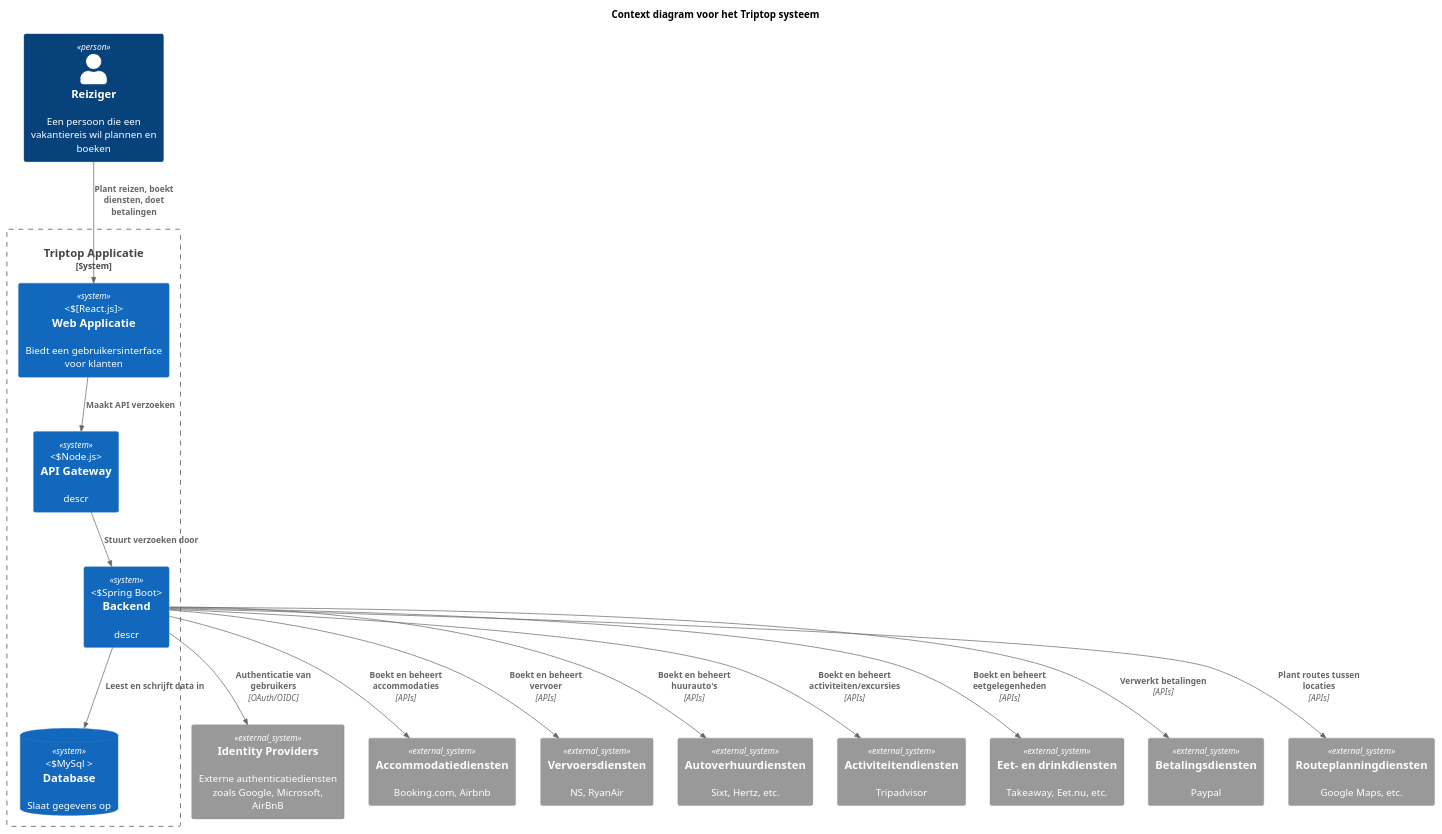
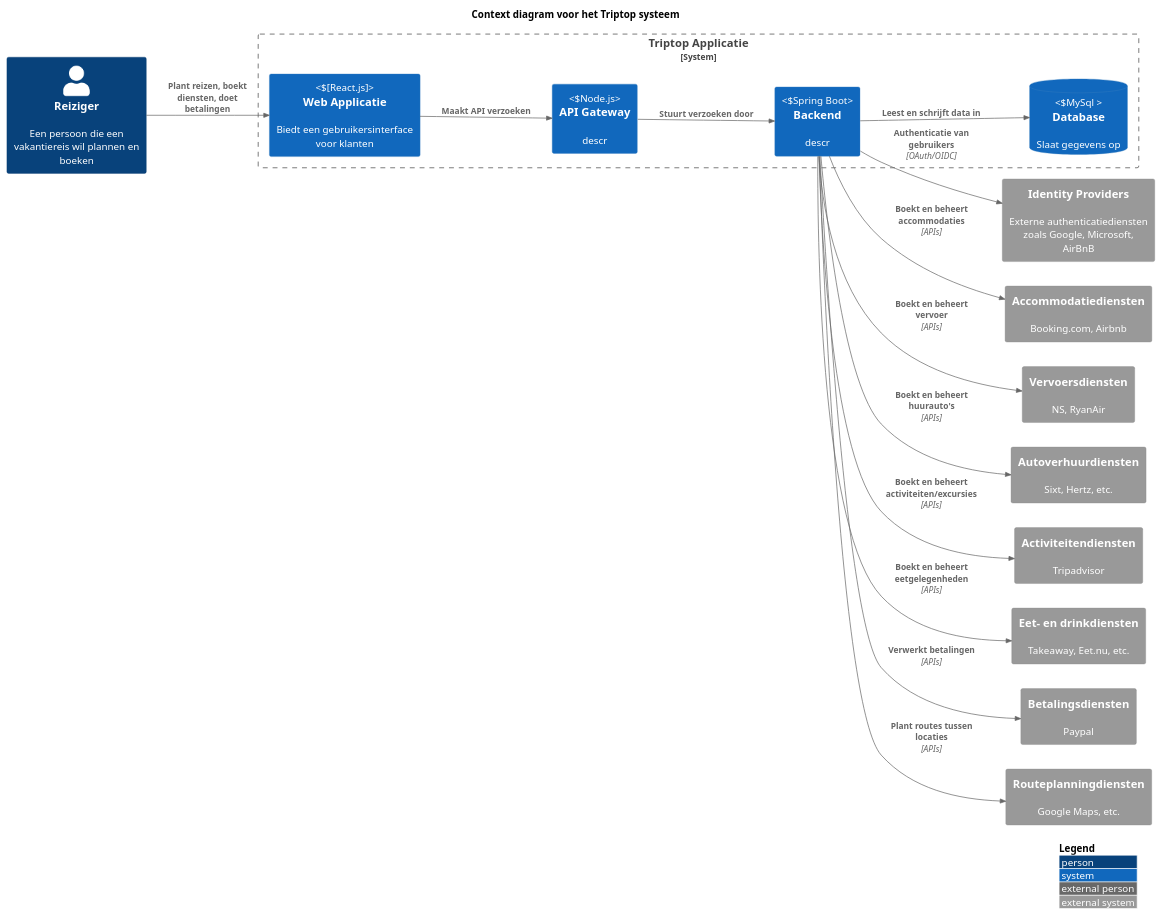
The diagram in oefeningen/triptopcontainer.puml (AIM-ENE-feb25/triptop-groep-5), drawn with PlantUML before and after one commit. The commit also changed 3 other files, not shown here.

```diff
--- a/oefeningen/triptopcontainer.puml
+++ b/oefeningen/triptopcontainer.puml
@@ -1,44 +1,49 @@
 @startuml "Triptop - Context Diagram"
 !include https://raw.githubusercontent.com/plantuml-stdlib/C4-PlantUML/master/C4_Context.puml
+
+LAYOUT_WITH_LEGEND()
+left to right direction
 
 title Context diagram voor het Triptop systeem
 
 Person(reiziger, "Reiziger", "Een persoon die een vakantiereis wil plannen en boeken")
 'Person(Admin, "Beheerder")
 
 System_Boundary(TripApp, "Triptop Applicatie") {
 'System(triptopSysteem, "Triptop Applicatie", "Stelt reizigers in staat om hun vakantiereis te plannen, boeken, wijzigen en betalen met behulp van verschillende bouwstenen")
 System(webApp, "Web Applicatie", "Biedt een gebruikersinterface voor klanten", [React.js])
 'System(mobileApp, "Mobiele Applicatie", "Biedt een mobiele gebruikersinterface voor klanten", [React.js])
 System(backend, "Backend", "descr", "Spring Boot")
 System(APIGateway, "API Gateway", "descr", "Node.js")
 SystemDb(DB, "Database", "Slaat gegevens op", "MySql ")
 }
+
+
 
 System_Ext(identityProviders, "Identity Providers", "Externe authenticatiediensten zoals Google, Microsoft, AirBnB")
 System_Ext(accommodatieDiensten, "Accommodatiediensten", "Booking.com, Airbnb")
 System_Ext(vervoerDiensten, "Vervoersdiensten", "NS, RyanAir ")
 System_Ext(autoverhuurDiensten, "Autoverhuurdiensten", "Sixt, Hertz, etc.")
 System_Ext(activiteitenDiensten, "Activiteitendiensten", "Tripadvisor")
 System_Ext(voedselDiensten, "Eet- en drinkdiensten", "Takeaway, Eet.nu, etc.")
 System_Ext(betalingsDiensten, "Betalingsdiensten", "Paypal")
 System_Ext(routeplanningDiensten, "Routeplanningdiensten", "Google Maps, etc.")
 
 '////////////////////////////////////////////////////////////////////////////////////////
 
 Rel(reiziger, webApp, "Plant reizen, boekt diensten, doet betalingen")
 'Rel(reiziger, mobileApp, "Plant reizen, boekt diensten, doet betalingen")
 Rel(webApp, APIGateway, "Maakt API verzoeken")
 Rel(APIGateway, "backend", "Stuurt verzoeken door")
 
 
 Rel(backend, identityProviders, "Authenticatie van gebruikers", "OAuth/OIDC")
 Rel(backend, accommodatieDiensten, "Boekt en beheert accommodaties", "APIs")
 Rel(backend, vervoerDiensten, "Boekt en beheert vervoer", "APIs")
 Rel(backend, autoverhuurDiensten, "Boekt en beheert huurauto's", "APIs")
 Rel(backend, activiteitenDiensten, "Boekt en beheert activiteiten/excursies", "APIs")
 Rel(backend, voedselDiensten, "Boekt en beheert eetgelegenheden", "APIs")
 Rel(backend, betalingsDiensten, "Verwerkt betalingen", "APIs")
 Rel(backend, routeplanningDiensten, "Plant routes tussen locaties", "APIs")
 Rel(backend, DB, "Leest en schrijft data in")
 @enduml
```
